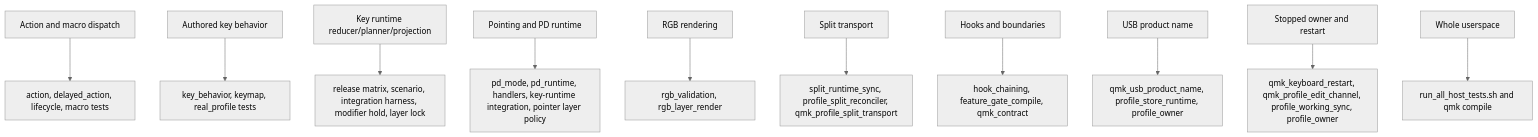
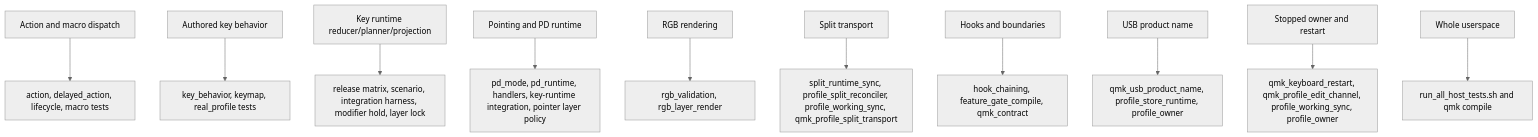
One commit to NoahCLR/charybdis-4x6 changed diagram 12 of 12 in docs/architecture/runtime-flow.md. Above: the diagram before and after it, drawn with Mermaid (neutral theme). The commit also changed 2 other files, not shown here.

Commit message:
The source map and change guide name the shared split exchange

````diff
--- a/docs/architecture/runtime-flow.md
+++ b/docs/architecture/runtime-flow.md
@@ -644,13 +644,13 @@
 ```mermaid
 flowchart TD
     action["Action and macro dispatch"] --> action_tests["action, delayed_action, lifecycle, macro tests"]
     key_behavior["Authored key behavior"] --> behavior_tests["key_behavior, keymap, real_profile tests"]
     key_runtime["Key runtime reducer/planner/projection"] --> runtime_tests["release matrix, scenario, integration harness, modifier hold, layer lock"]
     pd["Pointing and PD runtime"] --> pd_tests["pd_mode, pd_runtime, handlers, key-runtime integration, pointer layer policy"]
     rgb["RGB rendering"] --> rgb_tests["rgb_validation, rgb_layer_render"]
-    split["Split transport"] --> split_tests["split_runtime_sync, profile_split_reconciler, qmk_profile_split_transport"]
+    split["Split transport"] --> split_tests["split_runtime_sync, profile_split_reconciler, profile_working_sync, qmk_profile_split_transport"]
     hooks["Hooks and boundaries"] --> boundary_tests["hook_chaining, feature_gate_compile, qmk_contract"]
     usb_name["USB product name"] --> usb_name_tests["qmk_usb_product_name, profile_store_runtime, profile_owner"]
     restart["Stopped owner and restart"] --> restart_tests["qmk_keyboard_restart, qmk_profile_edit_channel, profile_working_sync, profile_owner"]
     all["Whole userspace"] --> full["run_all_host_tests.sh and qmk compile"]
 ```
````
